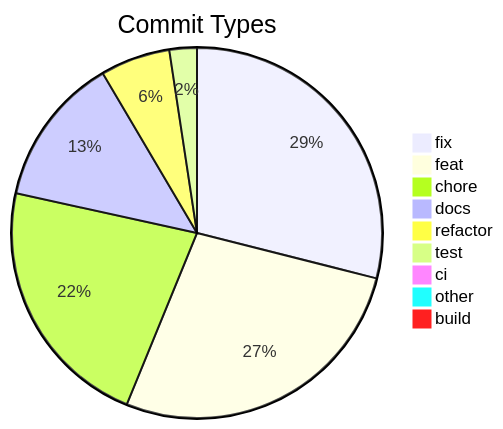
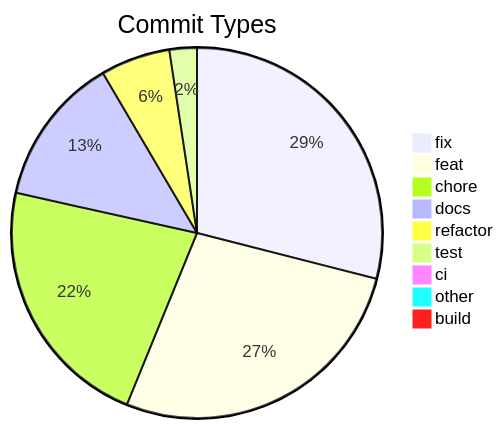
One commit to svenroth-ai/shipwright changed the diagram in .shipwright/compliance/change-history.md. Above: the diagram before and after it, drawn with Mermaid. The commit also changed other lines of this file and 34 other files, not shown here.

````diff
--- a/.shipwright/compliance/change-history.md
+++ b/.shipwright/compliance/change-history.md
@@ -8,12 +8,12 @@
 ```mermaid
 pie title Commit Types
-    "fix" : 290
+    "fix" : 291
     "feat" : 273
-    "chore" : 223
+    "chore" : 224
     "docs" : 131
     "refactor" : 61
     "test" : 24
     "ci" : 7
     "other" : 7
     "build" : 1
 ```
````
